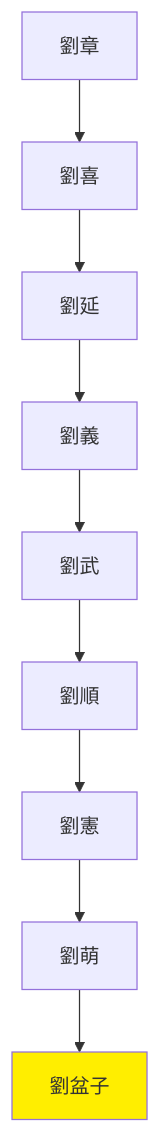
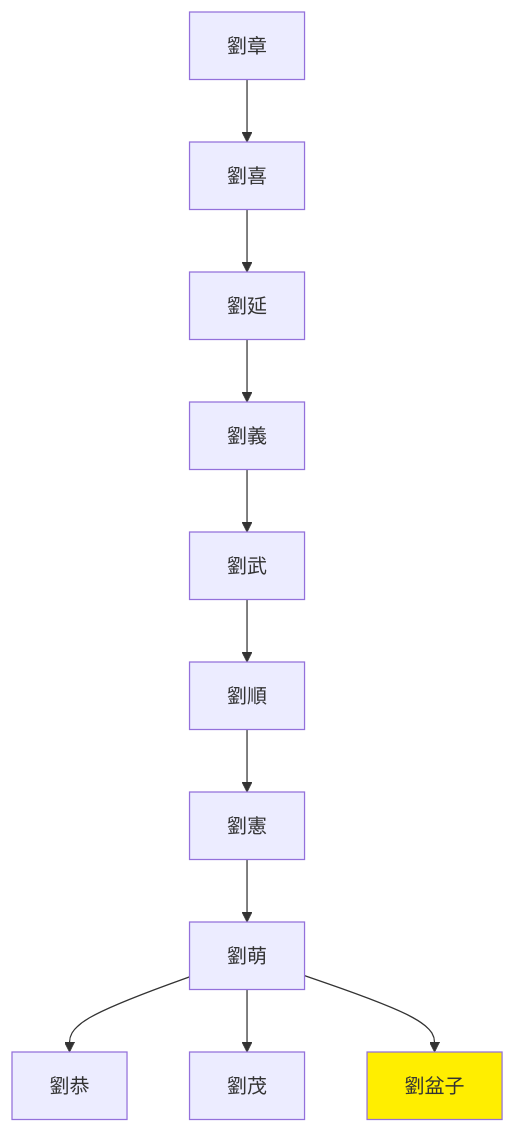
Before and after one commit to gamefang/zizhitongjian: the second of 2 diagrams in 通用專項/歷代世系圖/兩漢劉氏世系圖.md, drawn with Mermaid. The commit also changed 11 other files, not shown here.

````diff
--- a/通用專項/歷代世系圖/兩漢劉氏世系圖.md
+++ b/通用專項/歷代世系圖/兩漢劉氏世系圖.md
@@ -47,14 +47,16 @@
 ```mermaid
 graph TB
 劉章-->劉喜
 劉喜-->劉延
 劉延-->劉義
 劉義-->劉武
 劉武-->劉順
 劉順-->劉憲
 劉憲-->劉萌
+劉萌-->劉恭
+劉萌-->劉茂
 劉萌-->劉盆子
 
 classDef king fill:#ffee00
 class 劉盆子 king
 ```
````
